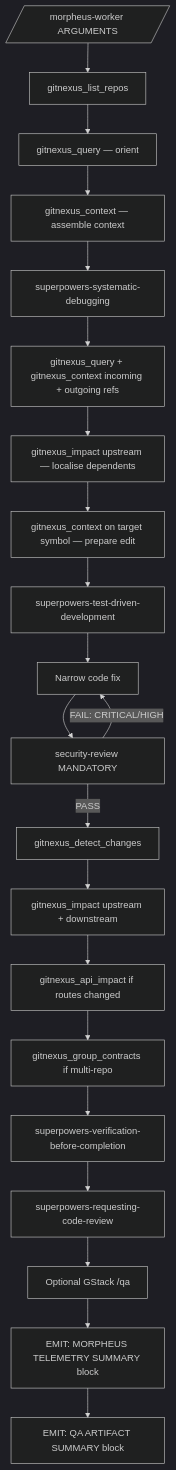
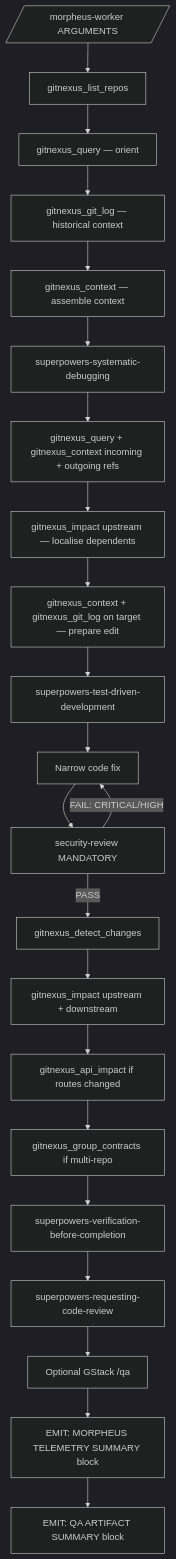
One commit to LogeswaranA/bug-fixer changed the diagram in .claude/skills/morpheus-worker/SKILL.md. Above: the diagram before and after it, drawn with Mermaid (dark theme). The commit also changed other lines of this file and 13 other files, not shown here.

````diff
--- a/.claude/skills/morpheus-worker/SKILL.md
+++ b/.claude/skills/morpheus-worker/SKILL.md
@@ -348,23 +428,24 @@
 ```mermaid
 flowchart TD
     A[/morpheus-worker ARGUMENTS/] --> B[gitnexus_list_repos]
     B --> C[gitnexus_query — orient]
-    C --> D[gitnexus_context — assemble context]
+    C --> C2[gitnexus_git_log — historical context]
+    C2 --> D[gitnexus_context — assemble context]
     D --> E[superpowers-systematic-debugging]
     E --> F[gitnexus_query + gitnexus_context incoming + outgoing refs]
     F --> G[gitnexus_impact upstream — localise dependents]
-    G --> H[gitnexus_context on target symbol — prepare edit]
+    G --> H[gitnexus_context + gitnexus_git_log on target — prepare edit]
     H --> I[superpowers-test-driven-development]
     I --> J[Narrow code fix]
     J --> K[security-review MANDATORY]
     K -->|FAIL: CRITICAL/HIGH| J
     K -->|PASS| L[gitnexus_detect_changes]
     L --> M[gitnexus_impact upstream + downstream]
     M --> N[gitnexus_api_impact if routes changed]
     N --> O[gitnexus_group_contracts if multi-repo]
     O --> P[superpowers-verification-before-completion]
     P --> Q[superpowers-requesting-code-review]
     Q --> R[Optional GStack /qa]
     R --> S[EMIT: MORPHEUS TELEMETRY SUMMARY block]
     S --> T[EMIT: QA ARTIFACT SUMMARY block]
 ```
````
